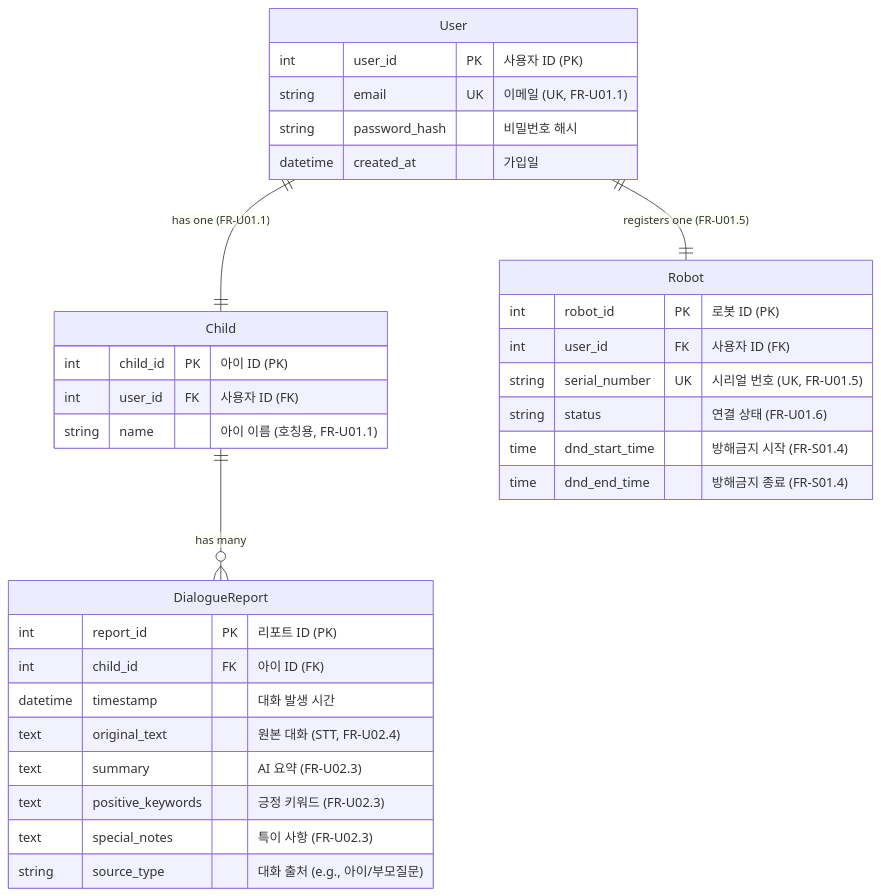
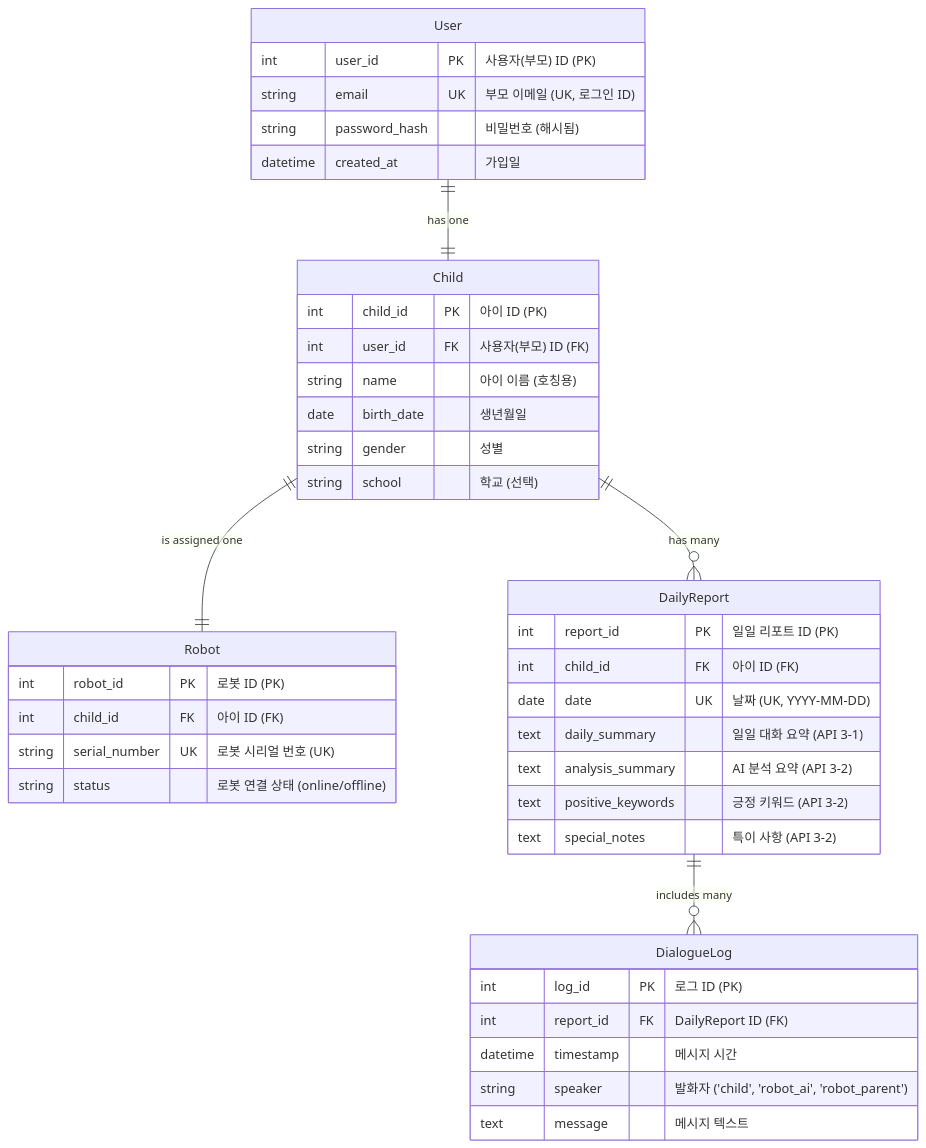
Before and after one commit to jiminh03/okeyducky: the diagram in BackEnd/Design/ERD.mmd, drawn with Mermaid. The commit also changed 3 other files, not shown here.

```diff
--- a/BackEnd/Design/ERD.mmd
+++ b/BackEnd/Design/ERD.mmd
@@ -1,43 +1,47 @@
 erDiagram
     User {
-        int user_id PK "사용자 ID (PK)"
-        string email UK "이메일 (UK, FR-U01.1)"
-        string password_hash "비밀번호 해시"
+        int user_id PK "사용자(부모) ID (PK)"
+        string email UK "부모 이메일 (UK, 로그인 ID)"
+        string password_hash "비밀번호 (해시됨)"
         datetime created_at "가입일"
     }
 
     Child {
         int child_id PK "아이 ID (PK)"
-        int user_id FK "사용자 ID (FK)"
-        string name "아이 이름 (호칭용, FR-U01.1)"
+        int user_id FK "사용자(부모) ID (FK)"
+        string name "아이 이름 (호칭용)"
+        date birth_date "생년월일"
+        string gender "성별"
+        string school "학교 (선택)"
     }
 
     Robot {
         int robot_id PK "로봇 ID (PK)"
-        int user_id FK "사용자 ID (FK)"
-        string serial_number UK "시리얼 번호 (UK, FR-U01.5)"
-        string status "연결 상태 (FR-U01.6)"
-        time dnd_start_time "방해금지 시작 (FR-S01.4)"
-        time dnd_end_time "방해금지 종료 (FR-S01.4)"
+        int child_id FK "아이 ID (FK)"
+        string serial_number UK "로봇 시리얼 번호 (UK)"
+        string status "로봇 연결 상태 (online/offline)"
     }
 
-    DialogueReport {
-        int report_id PK "리포트 ID (PK)"
-        %% --- 수정된 부분 ---
+    DailyReport {
+        int report_id PK "일일 리포트 ID (PK)"
         int child_id FK "아이 ID (FK)"
-        %% -------------------
-        datetime timestamp "대화 발생 시간"
-        text original_text "원본 대화 (STT, FR-U02.4)"
-        text summary "AI 요약 (FR-U02.3)"
-        text positive_keywords "긍정 키워드 (FR-U02.3)"
-        text special_notes "특이 사항 (FR-U02.3)"
-        string source_type "대화 출처 (e.g., 아이/부모질문)"
+        date date UK "날짜 (UK, YYYY-MM-DD)"
+        text daily_summary "일일 대화 요약 (API 3-1)"
+        text analysis_summary "AI 분석 요약 (API 3-2)"
+        text positive_keywords "긍정 키워드 (API 3-2)"
+        text special_notes "특이 사항 (API 3-2)"
     }
 
-    %% --- 관계 정의 (1:1 관계는 동일) ---
-    User ||--|| Child : "has one (FR-U01.1)"
-    User ||--|| Robot : "registers one (FR-U01.5)"
+    DialogueLog {
+        int log_id PK "로그 ID (PK)"
+        int report_id FK "DailyReport ID (FK)"
+        datetime timestamp "메시지 시간"
+        string speaker "발화자 ('child', 'robot_ai', 'robot_parent')"
+        text message "메시지 텍스트"
+    }
 
-    %% --- 수정된 부분 ---
-    %% 1명의 아이는 여러 개의 대화 리포트를 가짐
-    Child ||--o{ DialogueReport : "has many"
+    %% --- 관계 정의 ---
+    User ||--|| Child : "has one"
+    Child ||--|| Robot : "is assigned one"
+    Child ||--o{ DailyReport : "has many"
+    DailyReport ||--o{ DialogueLog : "includes many"
```
